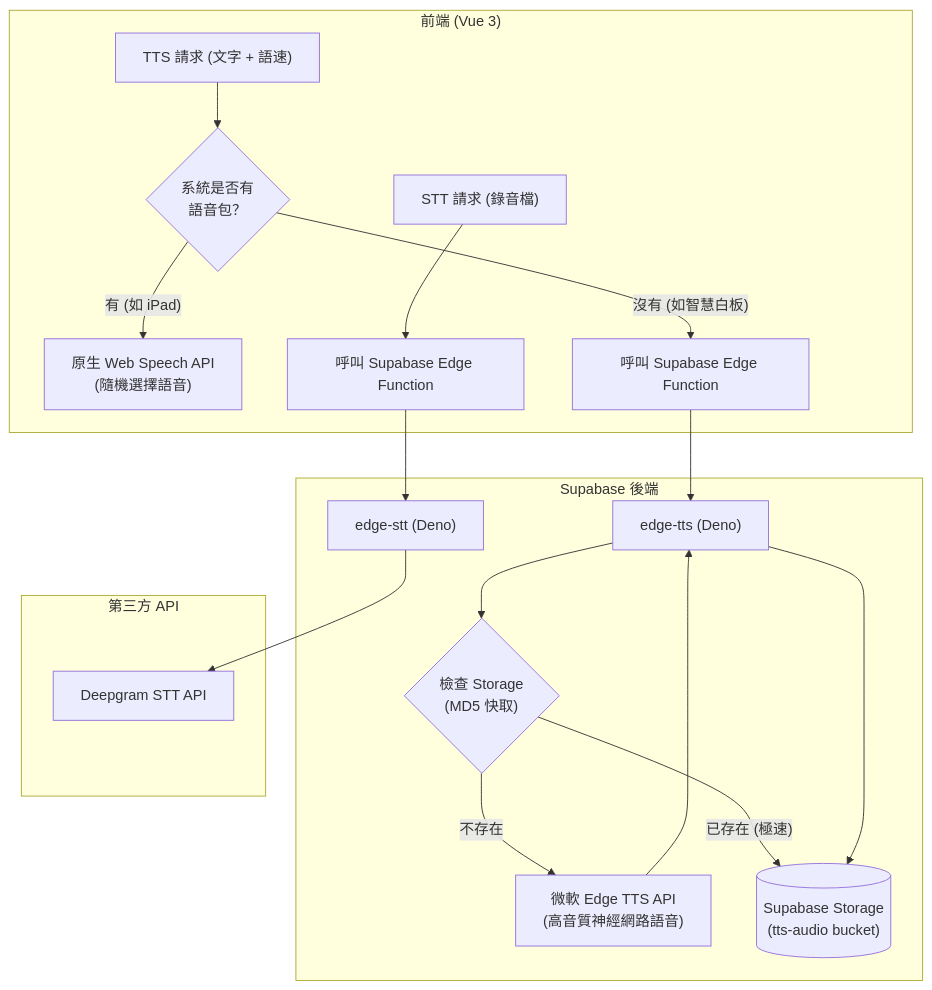
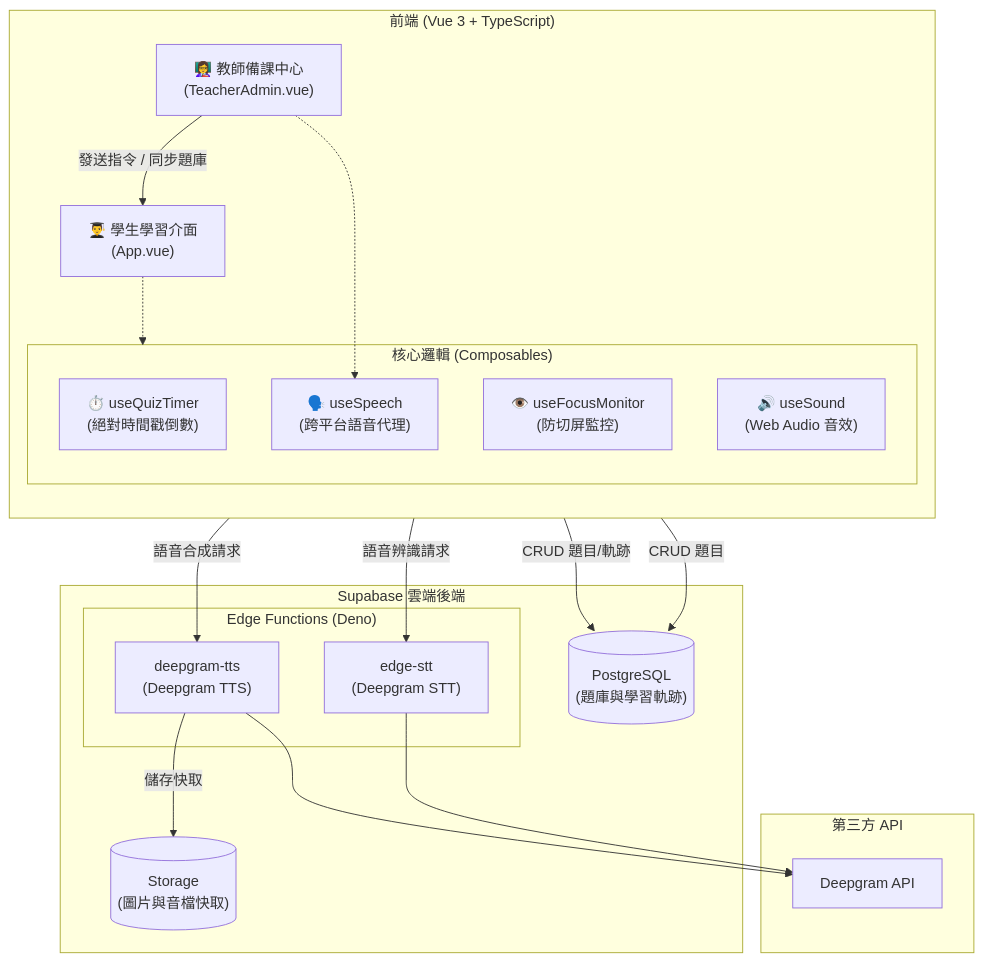
The first of 2 diagrams in README.zh-TW.md (ylin3-learner/anime-character-hunter-lite), drawn with Mermaid before and after one commit. The commit also changed other lines of this file and 1 other file, not shown here.

First line of the commit message:
docs(readme): add Mermaid diagrams and update architecture for Deepgram integration

````diff
--- a/README.zh-TW.md
+++ b/README.zh-TW.md
@@ -27,41 +65,45 @@
 ```mermaid
 graph TD
-    subgraph Frontend ["前端 (Vue 3)"]
-        TTS_Req["TTS 請求 (文字 + 語速)"]
-        TTS_Check{"系統是否有\n語音包？"}
-        NativeTTS["原生 Web Speech API\n(隨機選擇語音)"]
-        EdgeTTS_API["呼叫 Supabase Edge Function"]
+    subgraph Client ["前端 (Vue 3 + TypeScript)"]
+        direction TB
+        AdminUI["👩‍🏫 教師備課中心<br>(TeacherAdmin.vue)"]
+        StudentUI["👨‍🎓 學生學習介面<br>(App.vue)"]
         
-        STT_Req["STT 請求 (錄音檔)"]
-        STT_API["呼叫 Supabase Edge Function"]
+        subgraph Composables ["核心邏輯 (Composables)"]
+            Timer["⏱️ useQuizTimer<br>(絕對時間戳倒數)"]
+            Focus["👁️ useFocusMonitor<br>(防切屏監控)"]
+            Sound["🔊 useSound<br>(Web Audio 音效)"]
+            Speech["🗣️ useSpeech<br>(跨平台語音代理)"]
+        end
     end
 
-    subgraph Supabase ["Supabase 後端"]
-        Edge_TTS["edge-tts (Deno)"]
-        Cache{"檢查 Storage\n(MD5 快取)"}
-        MS_TTS["微軟 Edge TTS API\n(高音質神經網路語音)"]
-        Storage[("Supabase Storage\n(tts-audio bucket)")]
+    subgraph Supabase ["Supabase 雲端後端"]
+        DB[("PostgreSQL<br>(題庫與學習軌跡)")]
+        Storage[("Storage<br>(圖片與音檔快取)")]
         
-        Edge_STT["edge-stt (Deno)"]
+        subgraph EdgeFunctions ["Edge Functions (Deno)"]
+            TTS_Proxy["deepgram-tts<br>(Deepgram TTS)"]
+            STT_Proxy["edge-stt<br>(Deepgram STT)"]
+        end
     end
 
     subgraph ThirdParty ["第三方 API"]
-        Deepgram["Deepgram STT API"]
+        Deepgram["Deepgram API"]
     end
 
-    %% TTS 流程
-    TTS_Req --> TTS_Check
-    TTS_Check -- 有 (如 iPad) --> NativeTTS
-    TTS_Check -- 沒有 (如智慧白板) --> EdgeTTS_API
-    EdgeTTS_API --> Edge_TTS
-    Edge_TTS --> Cache
-    Cache -- 已存在 (極速) --> Storage
-    Cache -- 不存在 --> MS_TTS
-    MS_TTS --> Edge_TTS
-    Edge_TTS --> Storage
+    %% 資料流
+    AdminUI -- "發送指令 / 同步題庫" --> StudentUI
+    StudentUI -- "CRUD 題目/軌跡" --> DB
+    AdminUI -- "CRUD 題目" --> DB
     
-    %% STT 流程
-    STT_Req --> STT_API
-    STT_API --> Edge_STT
-    Edge_STT --> Deepgram
+    StudentUI -- "語音合成請求" --> TTS_Proxy
+    TTS_Proxy --> Deepgram
+    TTS_Proxy -- "儲存快取" --> Storage
+    
+    StudentUI -- "語音辨識請求" --> STT_Proxy
+    STT_Proxy --> Deepgram
+
+    %% 邏輯依賴
+    StudentUI -.-> Composables
+    AdminUI -.-> Speech
 ```
````
